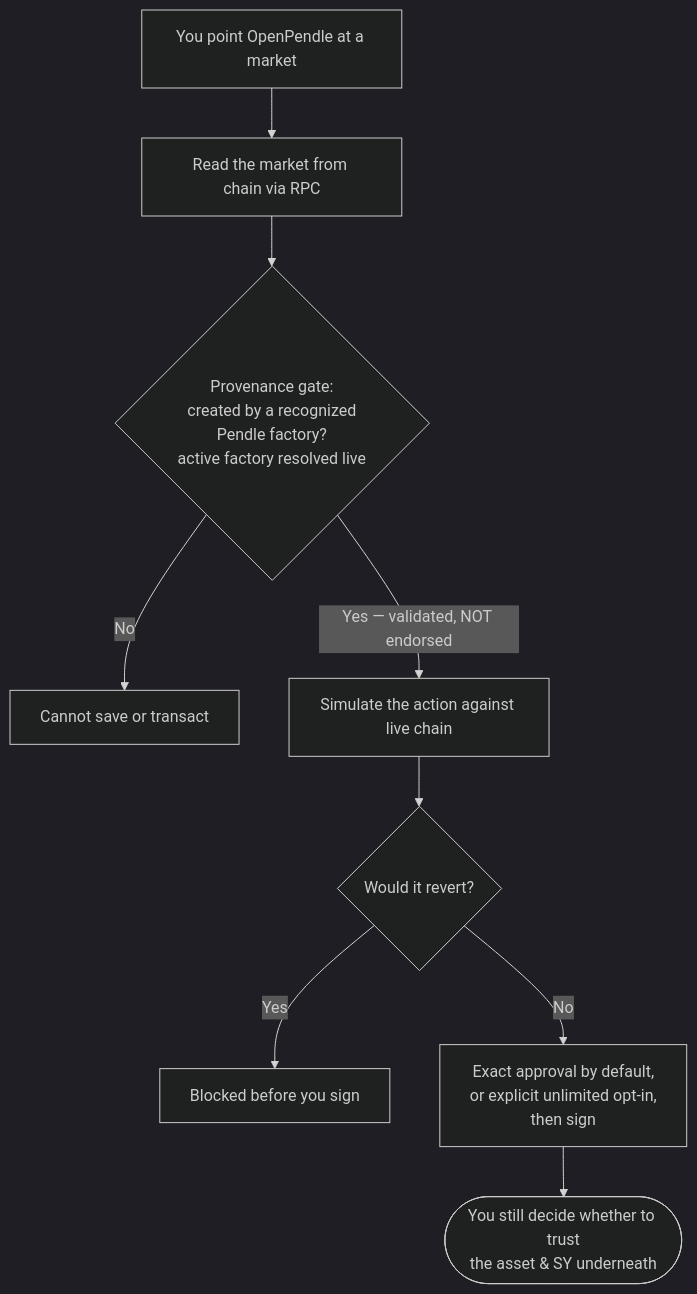
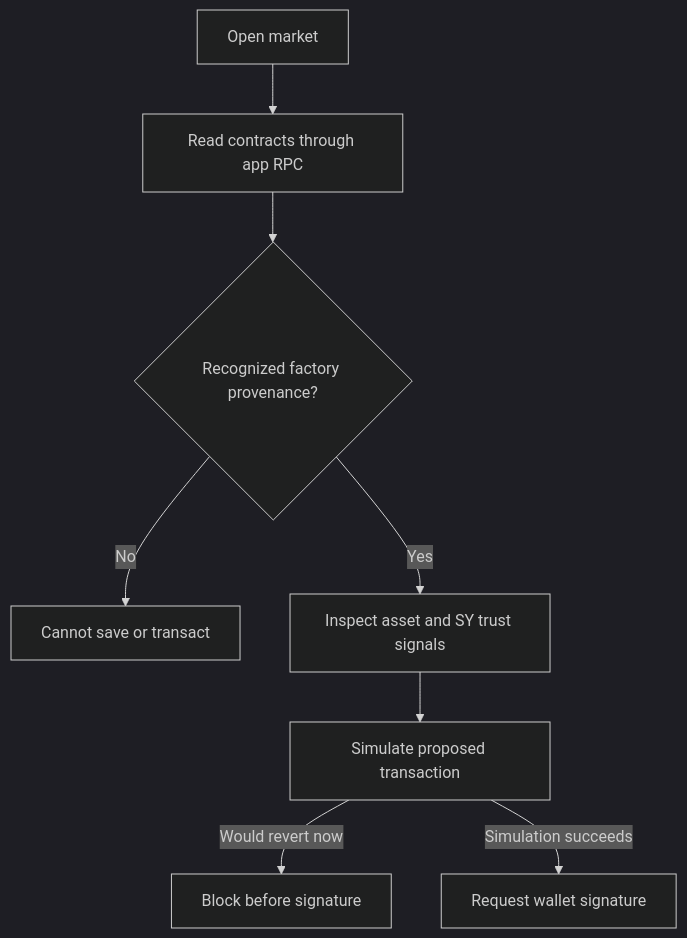
Before and after one commit to ggmatch-mod/open-pendle: the second of 2 diagrams in docs-site/reference/architecture.md, drawn with Mermaid (dark theme). The commit also changed other lines of this file and 74 other files, not shown here.

````diff
--- a/docs-site/reference/architecture.md
+++ b/docs-site/reference/architecture.md
@@ -107,11 +142,10 @@
 ```mermaid
 flowchart TD
-  A[You point OpenPendle at a market] --> R[Read the market from chain via RPC]
-  R --> V{Provenance gate:<br/>created by a recognized<br/>Pendle factory?<br/>active factory resolved live}
+  A[Open market] --> R[Read contracts through app RPC]
+  R --> V{Recognized factory provenance?}
   V -->|No| X[Cannot save or transact]
-  V -->|Yes — validated, NOT endorsed| S[Simulate the action against live chain]
-  S --> Q{Would it revert?}
-  Q -->|Yes| X2[Blocked before you sign]
-  Q -->|No| E[Exact approval by default,<br/>or explicit unlimited opt-in,<br/>then sign]
-  E --> U([You still decide whether to trust<br/>the asset & SY underneath])
+  V -->|Yes| D[Inspect asset and SY trust signals]
+  D --> S[Simulate proposed transaction]
+  S -->|Would revert now| B[Block before signature]
+  S -->|Simulation succeeds| W[Request wallet signature]
 ```
````
